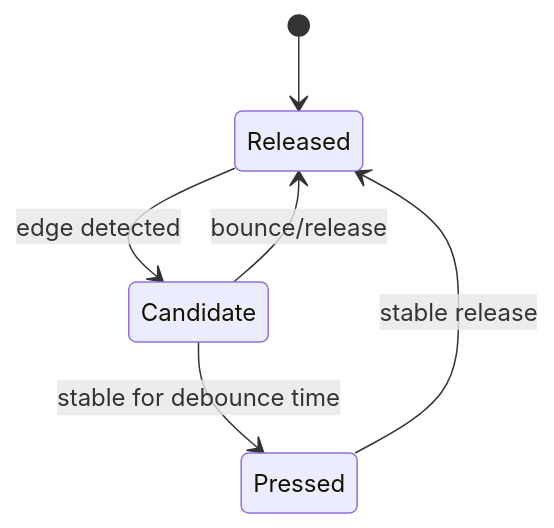
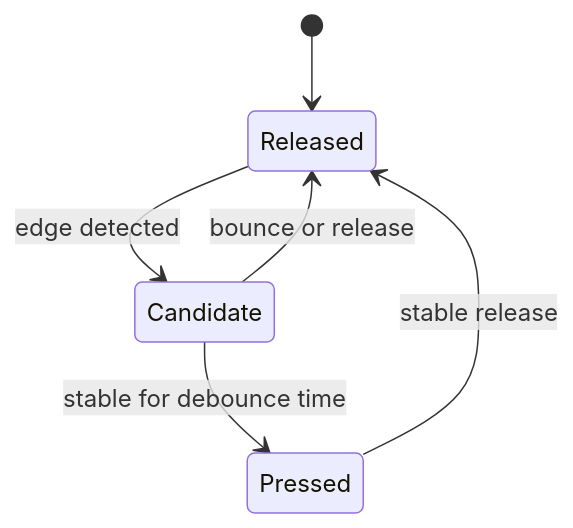
One commit to veer-Singh/TechBlogs changed the third of 5 diagrams in blogs/EMBEDDED_INTERVIEW_PREPERATION/ADVANCED/04_EMBEDDED_C/Embedded_C_advance_questions.md. Above: the diagram before and after it, drawn with Mermaid. The commit also changed other lines of this file and 33 other files, not shown here.

````diff
--- a/blogs/EMBEDDED_INTERVIEW_PREPERATION/ADVANCED/04_EMBEDDED_C/Embedded_C_advance_questions.md
+++ b/blogs/EMBEDDED_INTERVIEW_PREPERATION/ADVANCED/04_EMBEDDED_C/Embedded_C_advance_questions.md
@@ -301,8 +292,8 @@
 ```mermaid
 stateDiagram-v2
-	[*] --> Released
-	Released --> Candidate: edge detected
-	Candidate --> Pressed: stable for debounce time
-	Candidate --> Released: bounce/release
-	Pressed --> Released: stable release
+    [*] --> Released
+    Released --> Candidate: edge detected
+    Candidate --> Pressed: stable for debounce time
+    Candidate --> Released: bounce or release
+    Pressed --> Released: stable release
 ```
````
